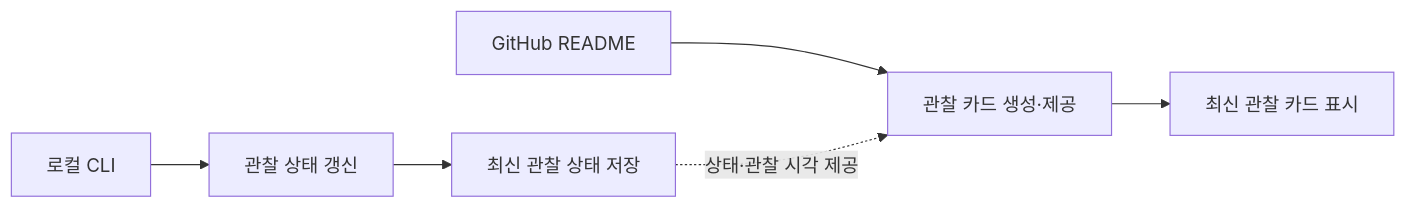
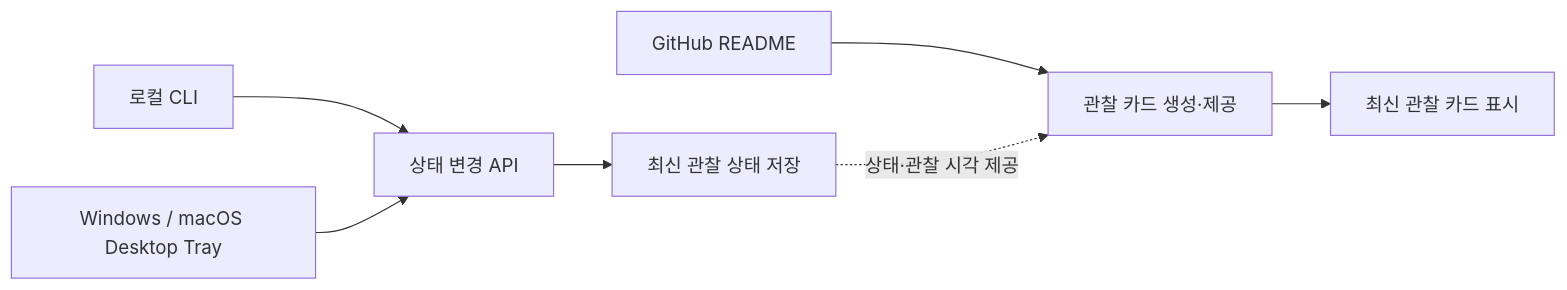
One commit to cyh6327/dev-critter changed the diagram in docs/PROJECT-MAP.md. Above: the diagram before and after it, drawn with Mermaid. The commit also changed other lines of this file and 3 other files, not shown here.

Commit message:
docs: document CLI and desktop tray workflows

````diff
--- a/docs/PROJECT-MAP.md
+++ b/docs/PROJECT-MAP.md
@@ -7,9 +7,10 @@
 ```mermaid
 flowchart LR
-    CLI["로컬 CLI"] --> Update["관찰 상태 갱신"]
+    CLI["로컬 CLI"] --> Update["상태 변경 API"]
+    Tray["Windows / macOS Desktop Tray"] --> Update
     Update --> State["최신 관찰 상태 저장"]
 
     README["GitHub README"] --> Card["관찰 카드 생성·제공"]
     State -. "상태·관찰 시각 제공" .-> Card
     Card --> Display["최신 관찰 카드 표시"]
 ```
````
